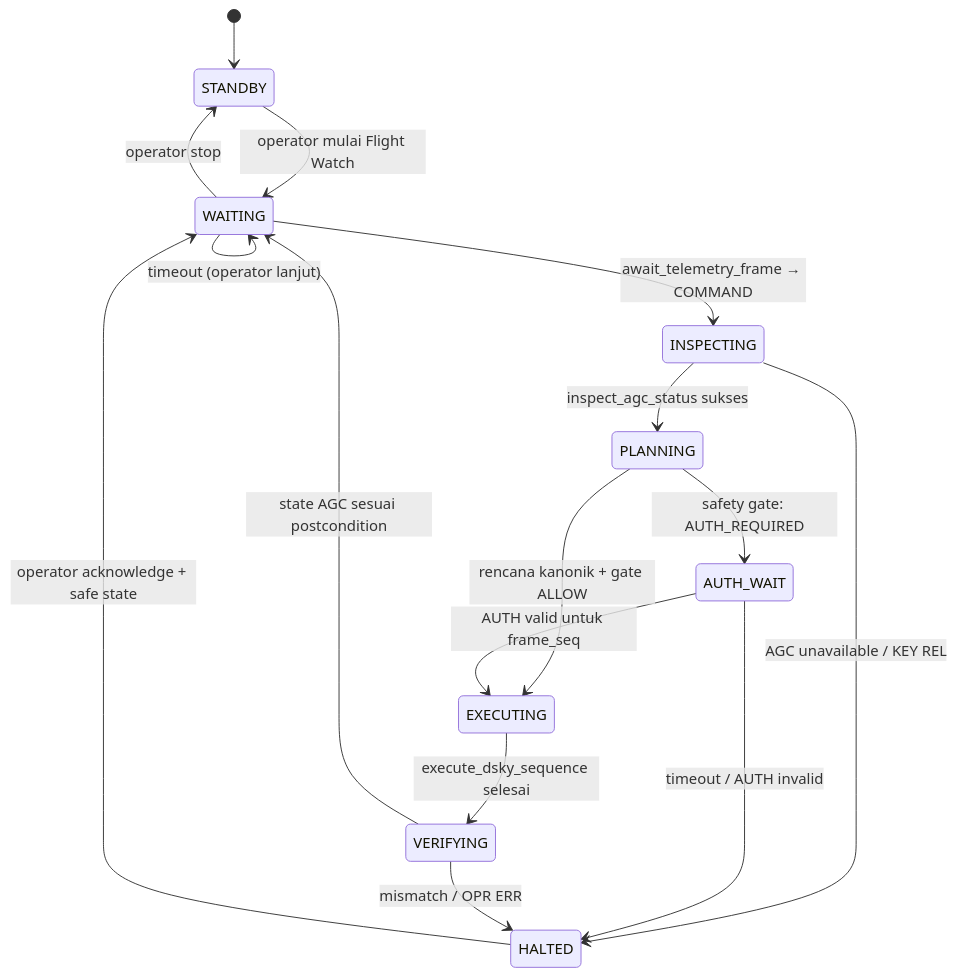
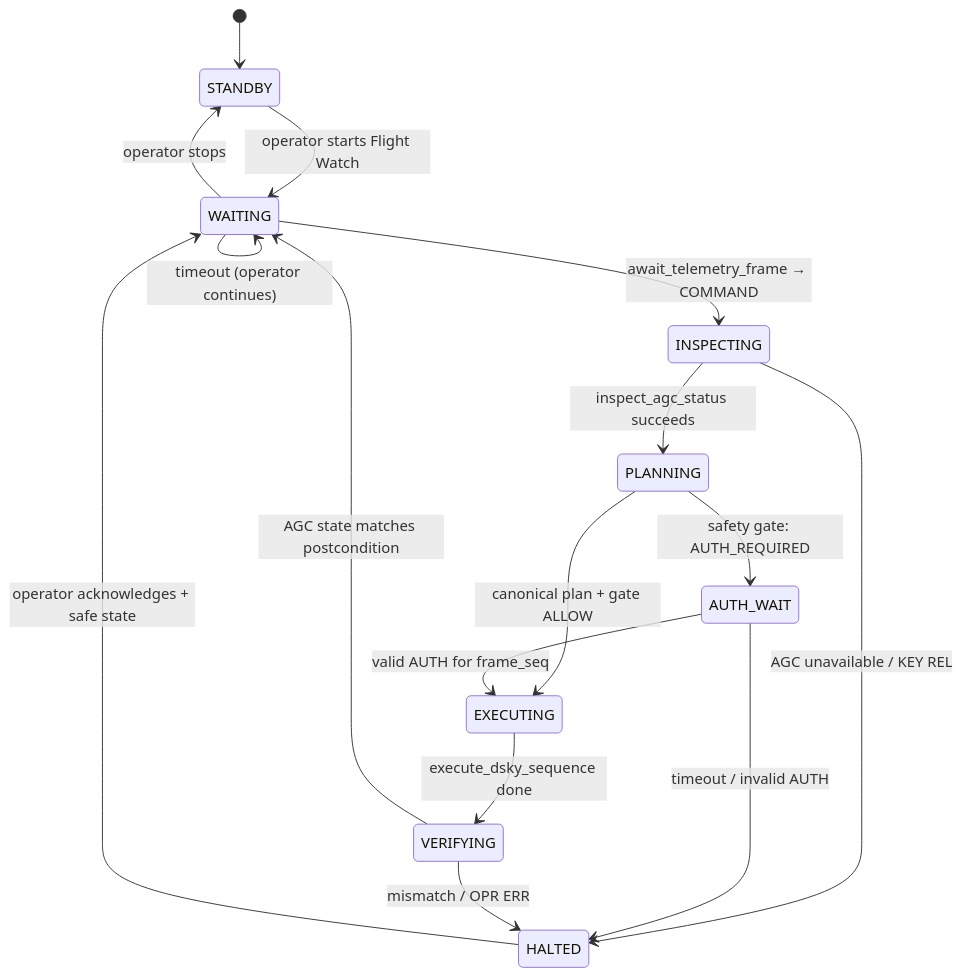
The third of 4 diagrams in docs/state-machines.md (0xshalah/apollo-26), drawn with Mermaid before and after one commit. The commit also changed other lines of this file and 146 other files, not shown here.

````diff
--- a/docs/state-machines.md
+++ b/docs/state-machines.md
@@ -61,18 +63,18 @@
 ```mermaid
 stateDiagram-v2
   [*] --> STANDBY
-  STANDBY --> WAITING: operator mulai Flight Watch
+  STANDBY --> WAITING: operator starts Flight Watch
   WAITING --> INSPECTING: await_telemetry_frame → COMMAND
-  WAITING --> WAITING: timeout (operator lanjut)
-  INSPECTING --> PLANNING: inspect_agc_status sukses
+  WAITING --> WAITING: timeout (operator continues)
+  INSPECTING --> PLANNING: inspect_agc_status succeeds
   INSPECTING --> HALTED: AGC unavailable / KEY REL
   PLANNING --> AUTH_WAIT: safety gate: AUTH_REQUIRED
-  PLANNING --> EXECUTING: rencana kanonik + gate ALLOW
-  AUTH_WAIT --> EXECUTING: AUTH valid untuk frame_seq
-  AUTH_WAIT --> HALTED: timeout / AUTH invalid
-  EXECUTING --> VERIFYING: execute_dsky_sequence selesai
-  VERIFYING --> WAITING: state AGC sesuai postcondition
+  PLANNING --> EXECUTING: canonical plan + gate ALLOW
+  AUTH_WAIT --> EXECUTING: valid AUTH for frame_seq
+  AUTH_WAIT --> HALTED: timeout / invalid AUTH
+  EXECUTING --> VERIFYING: execute_dsky_sequence done
+  VERIFYING --> WAITING: AGC state matches postcondition
   VERIFYING --> HALTED: mismatch / OPR ERR
-  HALTED --> WAITING: operator acknowledge + safe state
-  WAITING --> STANDBY: operator stop
+  HALTED --> WAITING: operator acknowledges + safe state
+  WAITING --> STANDBY: operator stops
 ```
````
